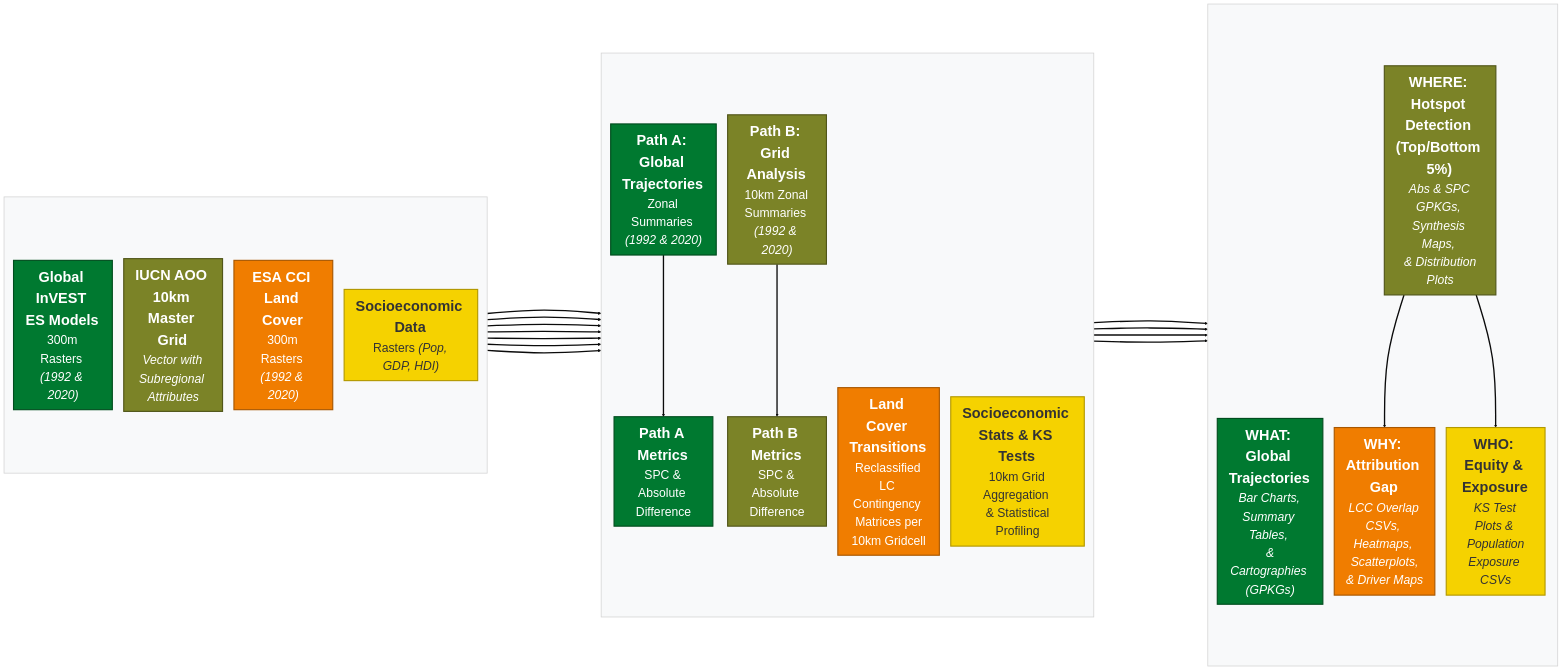
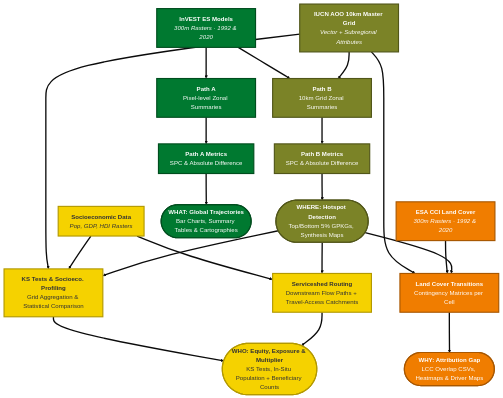
One commit to springinnovate/global_NCP changed the diagram in docs/manuscript/workflow.qmd. Above: the diagram before and after it, drawn with Mermaid (base theme). The commit also changed 12 other files, not shown here.

First line of the commit message:
docs: book polish complete — interactive tables, Key Takeaways, attribution language

````diff
--- a/docs/manuscript/workflow.qmd
+++ b/docs/manuscript/workflow.qmd
@@ -7,78 +7,46 @@
 ```{mermaid}
-%%{init: {'flowchart': {'rankSpacing': 300, 'nodeSpacing': 30}}}%%
-flowchart LR
-    %% Subgraph Styling
-    style INPUTS fill:#F8F9FA,stroke:#D3D3D3,stroke-width:2px
-    style PROCESSING fill:#F8F9FA,stroke:#D3D3D3,stroke-width:2px
-    style OUTPUTS fill:#F8F9FA,stroke:#D3D3D3,stroke-width:2px
+%%{init: {'flowchart': {'rankSpacing': 70, 'nodeSpacing': 45}}}%%
+flowchart TB
+    RawES["<b>InVEST ES Models</b><br/><i>300m Rasters · 1992 &amp; 2020</i>"]
+    RawGrid["<b>IUCN AOO 10km Master Grid</b><br/><i>Vector + Subregional Attributes</i>"]
+    RawLC["<b>ESA CCI Land Cover</b><br/><i>300m Rasters · 1992 &amp; 2020</i>"]
+    RawSoc["<b>Socioeconomic Data</b><br/><i>Pop, GDP, HDI Rasters</i>"]
 
-    %% Input Layer
-    subgraph INPUTS [" "]
-        direction TB
-        RawES["<span style='font-size: 38px;'><b>Global InVEST ES Models</b></span> <br/> <span style='font-size: 32px;'>300m Rasters <i>(1992 & 2020)</i></span>"]
-        RawGrid["<span style='font-size: 38px;'><b>IUCN AOO 10km Master Grid</b></span> <br/> <span style='font-size: 32px;'><i>Vector with Subregional Attributes</i></span>"]
-        RawLC["<span style='font-size: 38px;'><b>ESA CCI Land Cover</b></span> <br/> <span style='font-size: 32px;'>300m Rasters <i>(1992 & 2020)</i></span>"]
-        RawSoc["<span style='font-size: 38px;'><b>Socioeconomic Data</b></span> <br/> <span style='font-size: 32px;'>Rasters <i>(Pop, GDP, HDI)</i></span>"]
-    end
+    IntA["<b>Path A</b><br/>Pixel-level Zonal Summaries"]
+    MathA["<b>Path A Metrics</b><br/>SPC &amp; Absolute Difference"]
 
-    %% Processing Layer
-    subgraph PROCESSING [" "]
-        direction TB
-        IntA["<span style='font-size: 38px;'><b>Path A: Global Trajectories</b></span> <br/> <span style='font-size: 32px;'>Zonal Summaries <i>(1992 & 2020)</i></span>"]
-        MathA["<span style='font-size: 38px;'><b>Path A Metrics</b></span> <br/> <span style='font-size: 32px;'>SPC & Absolute Difference</span>"]
+    IntB["<b>Path B</b><br/>10km Grid Zonal Summaries"]
+    MathB["<b>Path B Metrics</b><br/>SPC &amp; Absolute Difference"]
 
-        IntB["<span style='font-size: 38px;'><b>Path B: Grid Analysis</b></span> <br/> <span style='font-size: 32px;'>10km Zonal Summaries <i>(1992 & 2020)</i></span>"]
-        MathB["<span style='font-size: 38px;'><b>Path B Metrics</b></span> <br/> <span style='font-size: 32px;'>SPC & Absolute Difference</span>"]
+    MathLC["<b>Land Cover Transitions</b><br/>Contingency Matrices per Cell"]
+    MathSoc["<b>KS Tests &amp; Socioeco. Profiling</b><br/>Grid Aggregation &amp; Statistical Comparison"]
+    MathBenef["<b>Serviceshed Routing</b><br/>Downstream Flow Paths + Travel-Access Catchments"]
 
-        MathLC["<span style='font-size: 38px;'><b>Land Cover Transitions</b></span> <br/> <span style='font-size: 32px;'>Reclassified LC Contingency <br/> Matrices per 10km Gridcell</span>"]
-        MathSoc["<span style='font-size: 38px;'><b>Socioeconomic Stats & KS Tests</b></span> <br/> <span style='font-size: 32px;'>10km Grid Aggregation <br/> & Statistical Profiling</span>"]
-    end
+    P1(["<b>WHAT: Global Trajectories</b><br/>Bar Charts, Summary Tables &amp; Cartographies"])
+    P2(["<b>WHERE: Hotspot Detection</b><br/>Top/Bottom 5% GPKGs, Synthesis Maps"])
+    P3(["<b>WHY: Attribution Gap</b><br/>LCC Overlap CSVs, Heatmaps &amp; Driver Maps"])
+    P4(["<b>WHO: Equity, Exposure &amp; Multiplier</b><br/>KS Tests, In-Situ Population + Beneficiary Counts"])
 
-    %% Outputs Layer
-    subgraph OUTPUTS [" "]
-        direction TB
-        P1["<span style='font-size: 38px;'><b>WHAT: Global Trajectories</b></span> <br/> <i style='font-size: 32px; font-weight: normal;'>Bar Charts, Summary Tables, <br/> & Cartographies (GPKGs)</i>"]
-        P2["<span style='font-size: 38px;'><b>WHERE: Hotspot Detection (Top/Bottom 5%)</b></span> <br/> <i style='font-size: 32px; font-weight: normal;'>Abs & SPC GPKGs, Synthesis Maps, <br/> & Distribution Plots</i>"]
-        P3["<span style='font-size: 38px;'><b>WHY: Attribution Gap</b></span> <br/> <i style='font-size: 32px; font-weight: normal;'>LCC Overlap CSVs, Heatmaps, <br/> Scatterplots, & Driver Maps</i>"]
-        P4["<span style='font-size: 38px;'><b>WHO: Equity & Exposure</b></span> <br/> <i style='font-size: 32px; font-weight: normal;'>KS Test Plots & <br/> Population Exposure CSVs</i>"]
-    end
+    RawES ==> IntA & IntB
+    RawGrid ==> IntB & MathLC & MathSoc
+    RawLC ==> MathLC
+    RawSoc ==> MathSoc & MathBenef
 
-    %% Logical Connections
-    RawGrid ==> IntB
-    RawGrid ==> MathLC
-    RawGrid ==> MathSoc
+    IntA ==> MathA ==> P1
+    IntB ==> MathB ==> P2
 
-    RawES ==> IntA
-    RawES ==> IntB
+    P2 ==> MathLC & MathSoc & MathBenef
+    MathLC ==> P3
+    MathSoc ==> P4
+    MathBenef ==> P4
 
-    IntA ==> MathA
-    IntB ==> MathB
-
-    MathA ==> P1
-    MathB ==> P2
-
-    %% Downstream Analysis from Hotspots (P2)
-    P2 ==> P3
-    RawLC ==> MathLC
-    MathLC ==> P3
-
-    P2 ==> P4
-    RawSoc ==> MathSoc
-    MathSoc ==> P4
-
-    %% Layout Guides
-    RawSoc ~~~ MathSoc
-    IntA ~~~ P1
-
-    %% CANONICAL COLOR CLASSES (Matching Circular Diagram)
     classDef c_what fill:#007930,stroke:#004D1E,stroke-width:3px,color:#FFF;
     classDef c_where fill:#7B8327,stroke:#515619,stroke-width:3px,color:#FFF;
     classDef c_why fill:#F07D00,stroke:#A85700,stroke-width:3px,color:#FFF;
     classDef c_who fill:#F5D200,stroke:#B39900,stroke-width:3px,color:#333;
 
-    %% Pillar Assignments
     class RawES,IntA,MathA,P1 c_what;
     class RawGrid,IntB,MathB,P2 c_where;
     class RawLC,MathLC,P3 c_why;
-    class RawSoc,MathSoc,P4 c_who;
- ```
+    class RawSoc,MathSoc,MathBenef,P4 c_who;
+```
````
